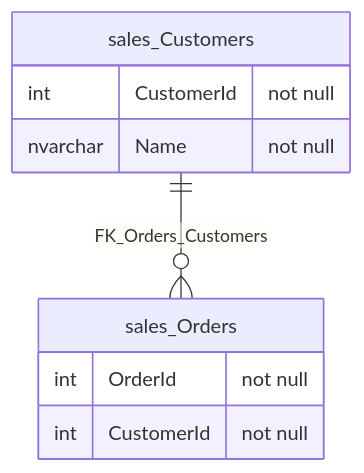
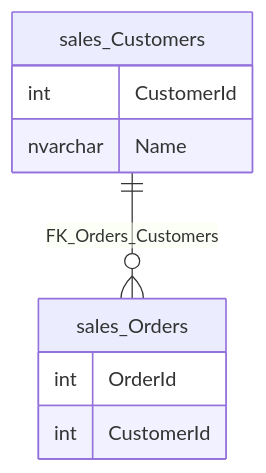
The diagram in src/SqlServerToMermaid.Tests/Tests.RenderMarkdownFromScriptWithSchema.verified.md (SimonCropp/DbToMermaid), drawn with Mermaid before and after one commit. The commit also changed 12 other files, not shown here.

````diff
--- a/src/SqlServerToMermaid.Tests/Tests.RenderMarkdownFromScriptWithSchema.verified.md
+++ b/src/SqlServerToMermaid.Tests/Tests.RenderMarkdownFromScriptWithSchema.verified.md
@@ -1,12 +1,12 @@
 ```mermaid
 erDiagram
   sales_Customers {
-    int CustomerId "not null"
-    nvarchar Name "not null"
+    int CustomerId
+    nvarchar Name
   }
   sales_Orders {
-    int OrderId "not null"
-    int CustomerId "not null"
+    int OrderId
+    int CustomerId
   }
   sales_Customers ||--o{ sales_Orders : "FK_Orders_Customers"
 ```
````
